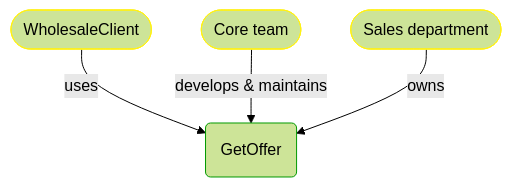
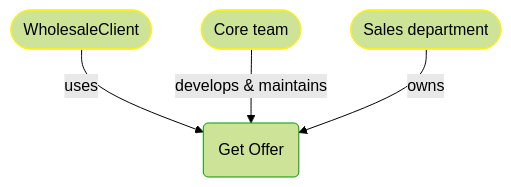
The fourth of 4 diagrams in Docs/P3/MermaidOutput/Domain/Concepts/Sales/WholesaleOrdering/OrderPricing/GetOffer.md (itlibrium/DDD-starter-dotnet), drawn with Mermaid (forest theme) before and after one commit. The commit also changed other lines of this file and 51 other files, not shown here.

````diff
--- a/Docs/P3/MermaidOutput/Domain/Concepts/Sales/WholesaleOrdering/OrderPricing/GetOffer.md
+++ b/Docs/P3/MermaidOutput/Domain/Concepts/Sales/WholesaleOrdering/OrderPricing/GetOffer.md
@@ -82,17 +82,17 @@
 ```mermaid
   flowchart TB
-    0(GetOffer)
+    0(Get Offer)
     class 0 DomainPerspective
     1([WholesaleClient])
     class 1 PeoplePerspective
     1-->|uses|0
     2([Core team])
     class 2 PeoplePerspective
     2-->|develops & maintains|0
     3([Sales department])
     class 3 PeoplePerspective
     3-->|owns|0
     classDef DomainPerspective stroke:#009900
     classDef TechnologyPerspective stroke:#1F41EB
     classDef PeoplePerspective stroke:#FFF014
 ```
````
